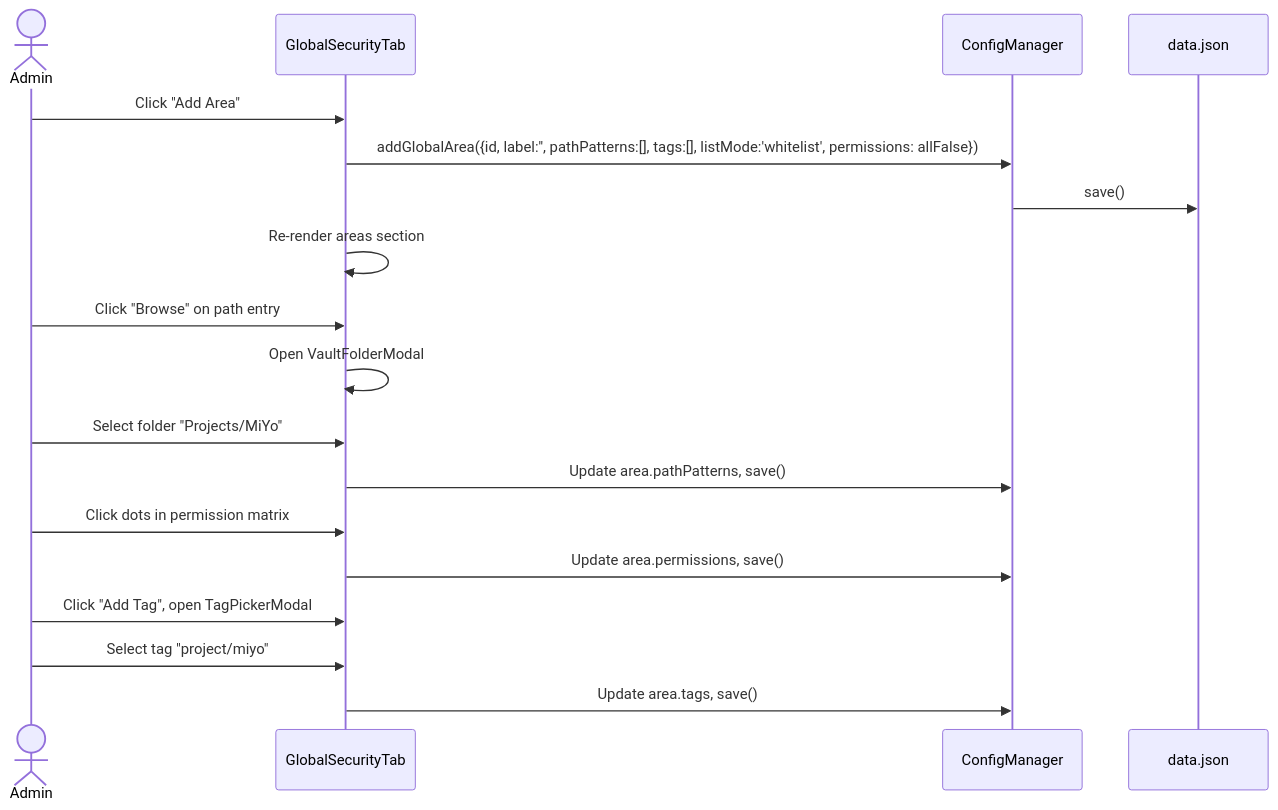
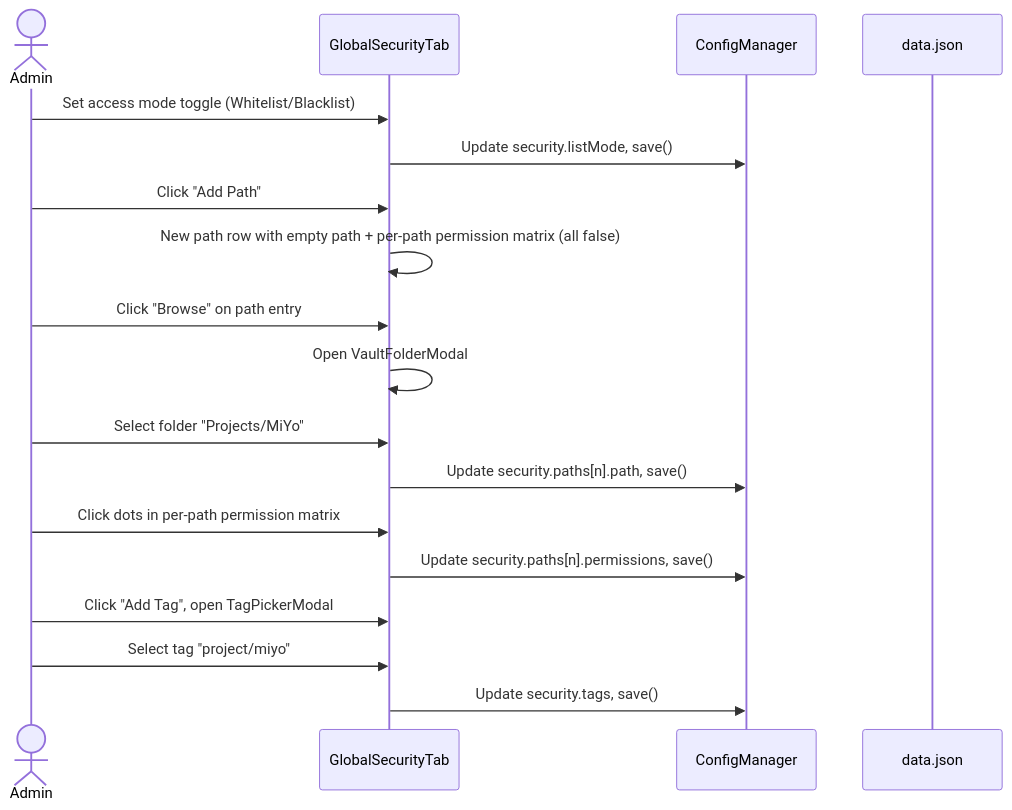
Before and after one commit to MMoMM-org/miyo-kado: the third of 5 diagrams in docs/XDD/specs/002-ui-settings-rework/solution.md, drawn with Mermaid. The commit also changed other lines of this file and 2 other files, not shown here.

````diff
--- a/docs/XDD/specs/002-ui-settings-rework/solution.md
+++ b/docs/XDD/specs/002-ui-settings-rework/solution.md
@@ -597,21 +627,21 @@
 ```mermaid
 sequenceDiagram
     actor Admin
     participant GST as GlobalSecurityTab
     participant CM as ConfigManager
     participant Storage as data.json
 
-    Admin->>GST: Click "Add Area"
-    GST->>CM: addGlobalArea({id, label:'', pathPatterns:[], tags:[], listMode:'whitelist', permissions: allFalse})
-    CM->>Storage: save()
-    GST->>GST: Re-render areas section
+    Admin->>GST: Set access mode toggle (Whitelist/Blacklist)
+    GST->>CM: Update security.listMode, save()
+    Admin->>GST: Click "Add Path"
+    GST->>GST: New path row with empty path + per-path permission matrix (all false)
     Admin->>GST: Click "Browse" on path entry
     GST->>GST: Open VaultFolderModal
     Admin->>GST: Select folder "Projects/MiYo"
-    GST->>CM: Update area.pathPatterns, save()
-    Admin->>GST: Click dots in permission matrix
-    GST->>CM: Update area.permissions, save()
+    GST->>CM: Update security.paths[n].path, save()
+    Admin->>GST: Click dots in per-path permission matrix
+    GST->>CM: Update security.paths[n].permissions, save()
     Admin->>GST: Click "Add Tag", open TagPickerModal
     Admin->>GST: Select tag "project/miyo"
-    GST->>CM: Update area.tags, save()
+    GST->>CM: Update security.tags, save()
 ```
````
